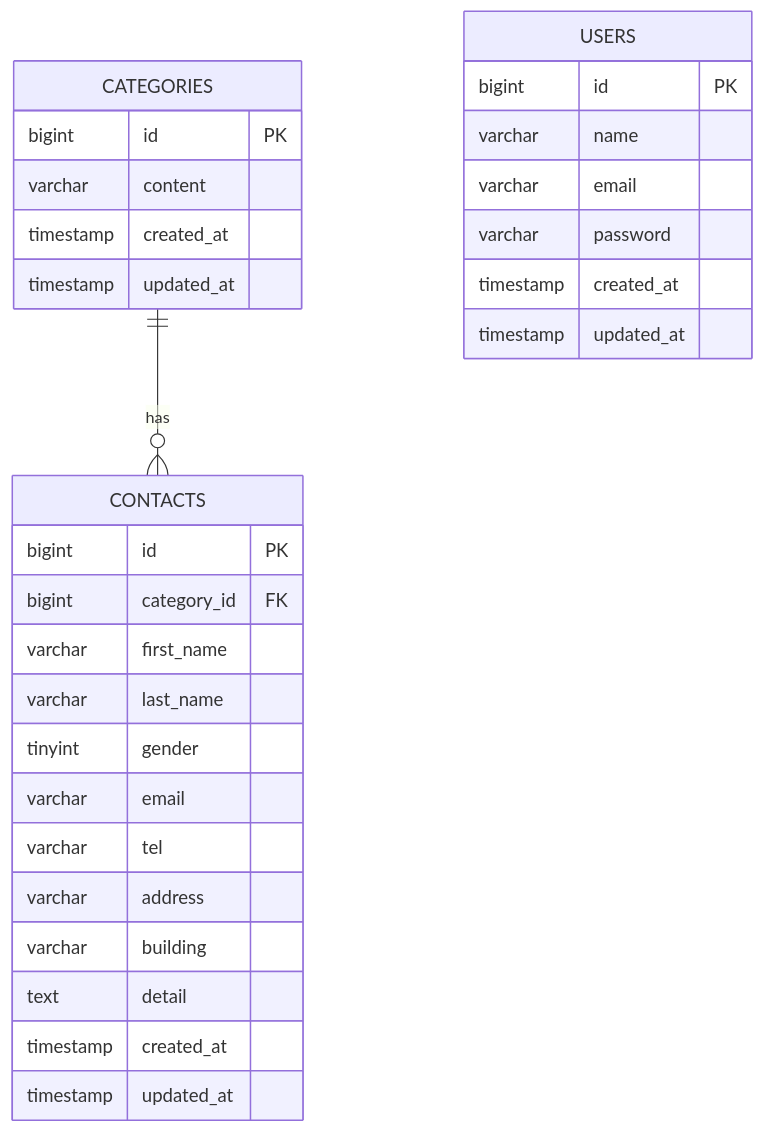
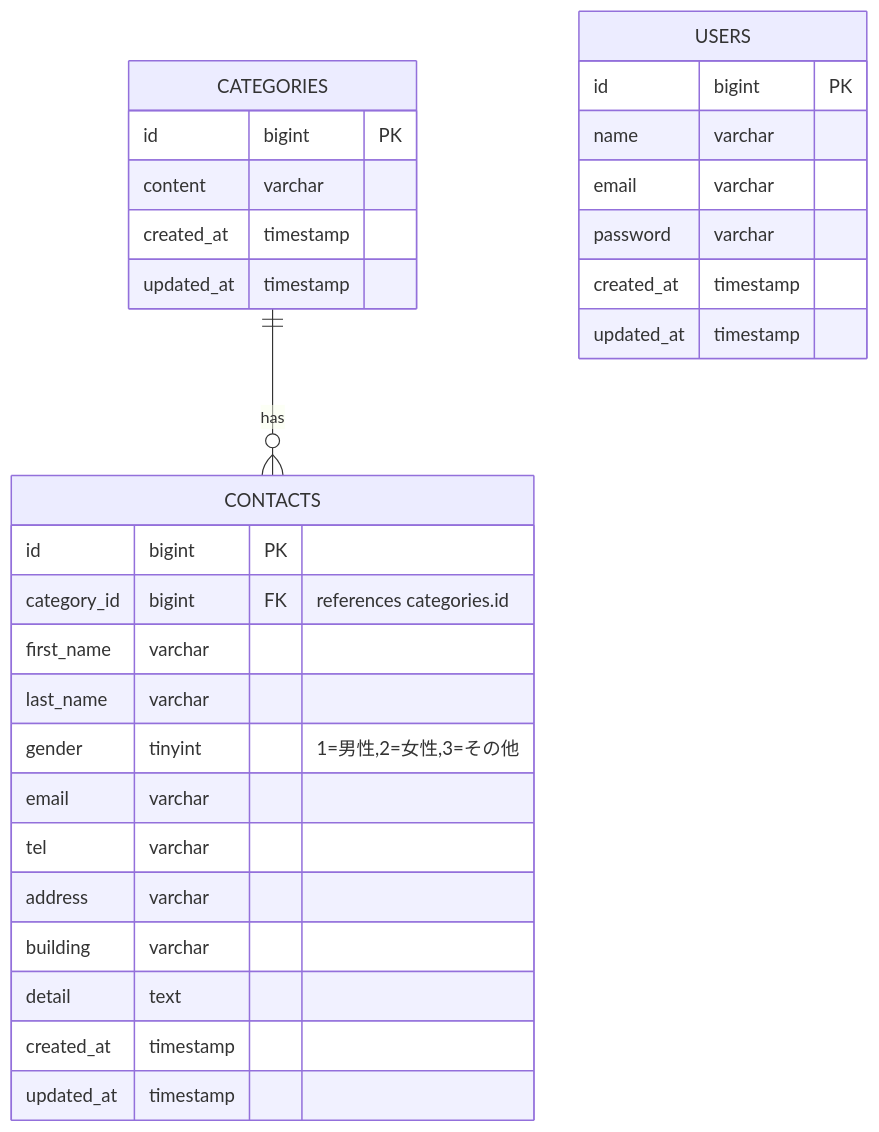
The diagram in docs/er-diagram.md (taotomo/test_contact-form), drawn with Mermaid before and after one commit. The commit also changed other lines of this file, not shown here.

Commit message:
Improve Mermaid ER diagram: add field annotations and notes

````diff
--- a/docs/er-diagram.md
+++ b/docs/er-diagram.md
@@ -10,34 +10,39 @@
 ```mermaid
 erDiagram
+    %% テーブル定義（フィールド名 : 型 [PK/FK/注記]）
     CONTACTS {
-        bigint id PK
-        bigint category_id FK
-        varchar first_name
-        varchar last_name
-        tinyint gender
-        varchar email
-        varchar tel
-        varchar address
-        varchar building
-        text detail
-        timestamp created_at
-        timestamp updated_at
-    }
-    CATEGORIES {
-        bigint id PK
-        varchar content
-        timestamp created_at
-        timestamp updated_at
-    }
-    USERS {
-        bigint id PK
-        varchar name
-        varchar email
-        varchar password
-        timestamp created_at
-        timestamp updated_at
+        id bigint PK
+        category_id bigint FK "references categories.id"
+        first_name varchar
+        last_name varchar
+        gender tinyint "1=男性,2=女性,3=その他"
+        email varchar
+        tel varchar
+        address varchar
+        building varchar
+        detail text
+        created_at timestamp
+        updated_at timestamp
     }
 
+    CATEGORIES {
+        id bigint PK
+        content varchar
+        created_at timestamp
+        updated_at timestamp
+    }
+
+    USERS {
+        id bigint PK
+        name varchar
+        email varchar
+        password varchar
+        created_at timestamp
+        updated_at timestamp
+    }
+
+    %% リレーション（CATEGORIES 1 --- * CONTACTS）
     CATEGORIES ||--o{ CONTACTS : "has"
-    %% USERS はこの仕様では contacts と外部キーで結ばれていません。
+
+    %% 備考: 現在のスキーマでは CONTACTS に user_id は存在しません。
 ```
````
